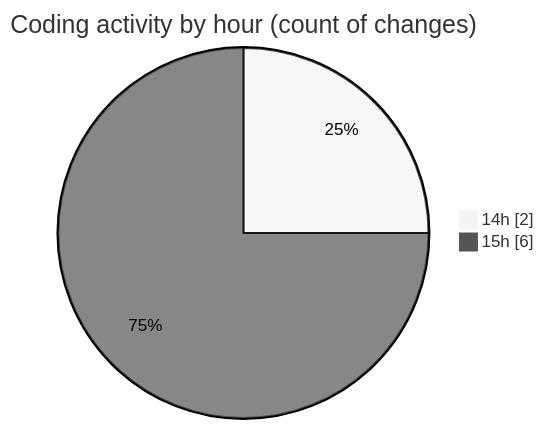
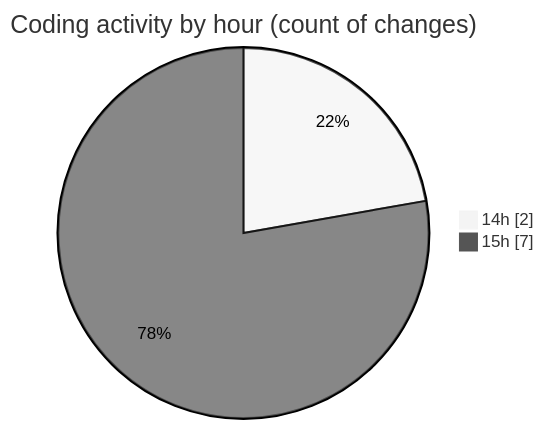
One commit to ricardozamudiocil/code-tracking changed the second of 2 diagrams in 2026-09-30/cilreports__workspace_/README.md. Above: the diagram before and after it, drawn with Mermaid (neutral theme). The commit also changed other lines of this file and 1 other file, not shown here.

````diff
--- a/2026-09-30/cilreports__workspace_/README.md
+++ b/2026-09-30/cilreports__workspace_/README.md
@@ -30,6 +30,6 @@
 ```mermaid
 pie showData
 title Coding activity by hour (count of changes)
 "14h" : 2
-"15h" : 6
+"15h" : 7
 ```
````
